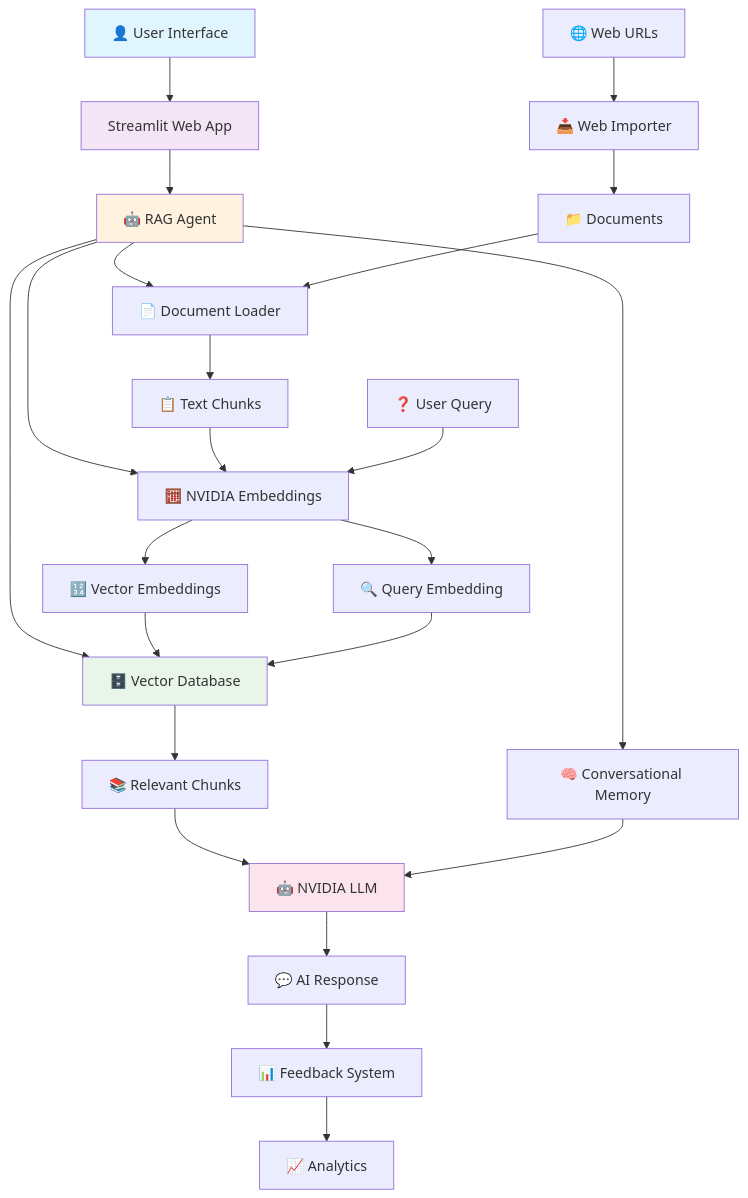
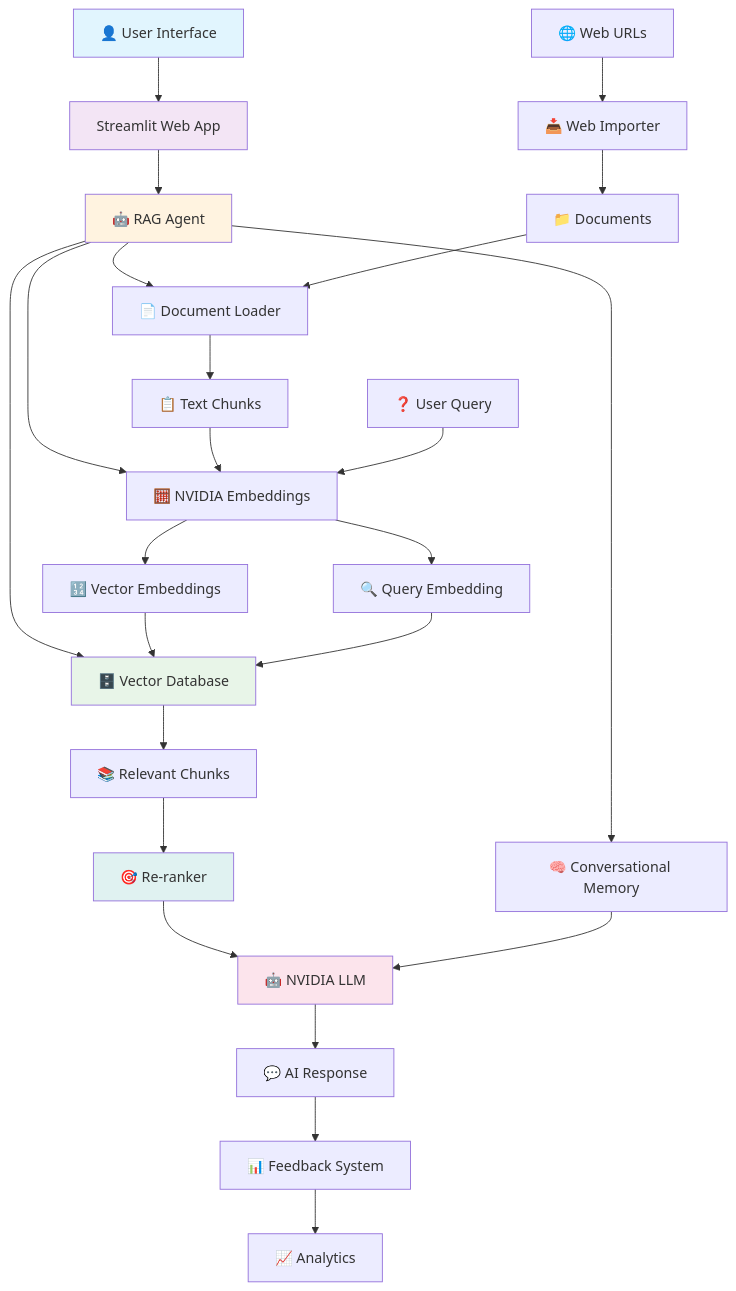
The second of 2 diagrams in README.md (debnathkundu/InsightEngine-RAG-NVIDIA), drawn with Mermaid before and after one commit.

Commit message:
Added re ranker module to readMe file

````diff
--- a/README.md
+++ b/README.md
@@ -63,30 +63,32 @@
 ```mermaid
 graph TB
     A[👤 User Interface] --> B[ Streamlit Web App]
     B --> C[🤖 RAG Agent]
     C --> D[📄 Document Loader]
     C --> E[🧮 NVIDIA Embeddings]
     C --> F[🗄️ Vector Database]
     C --> G[🧠 Conversational Memory]
     H[📁 Documents] --> D
     I[🌐 Web URLs] --> J[📥 Web Importer] --> H
     D --> K[📋 Text Chunks]
     K --> E
     E --> L[🔢 Vector Embeddings]
     L --> F
     M[❓ User Query] --> E
     E --> N[🔍 Query Embedding]
     N --> F
     F --> O[📚 Relevant Chunks]
-    O --> P[🤖 NVIDIA LLM]
+    O --> X[🎯 Re-ranker]
+    X --> P[🤖 NVIDIA LLM]
     P --> Q[💬 AI Response]
     G --> P
     Q --> R[📊 Feedback System]
     R --> S[📈 Analytics]
 
     style A fill:#e1f5fe
     style B fill:#f3e5f5
     style C fill:#fff3e0
     style F fill:#e8f5e8
     style P fill:#fce4ec
+    style X fill:#E0F2F1
 ```
````
